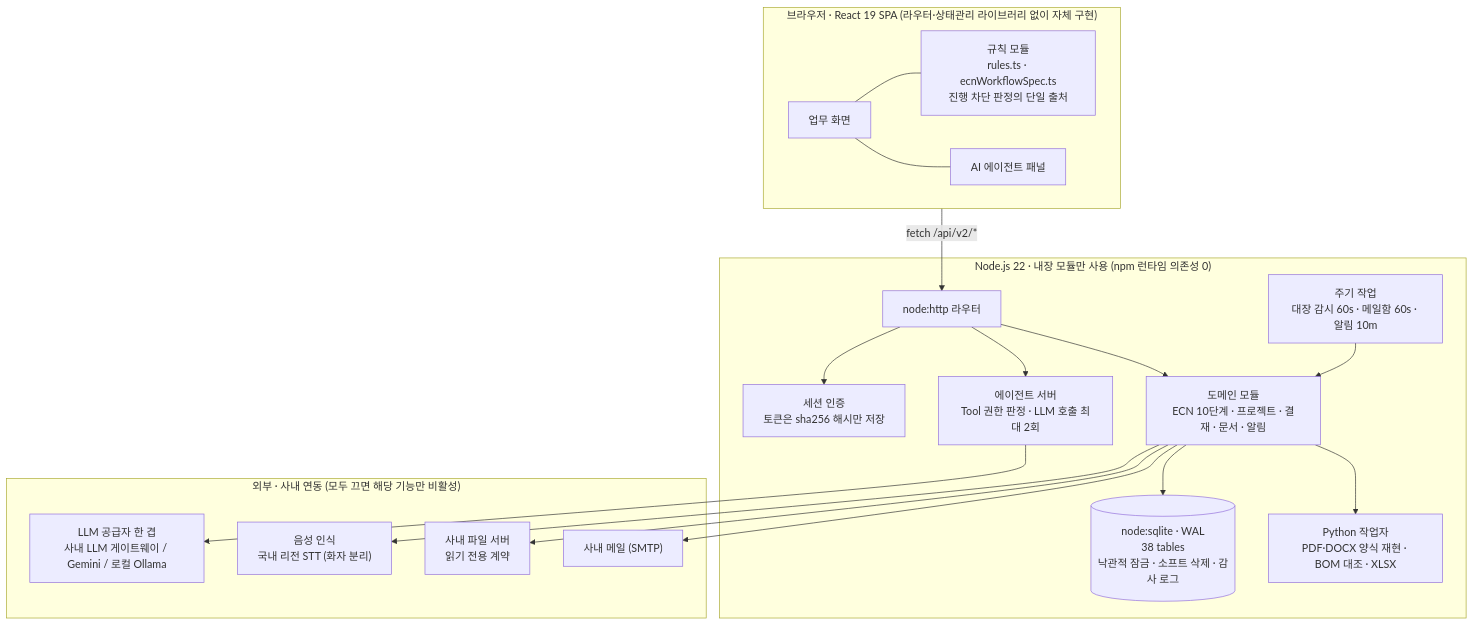
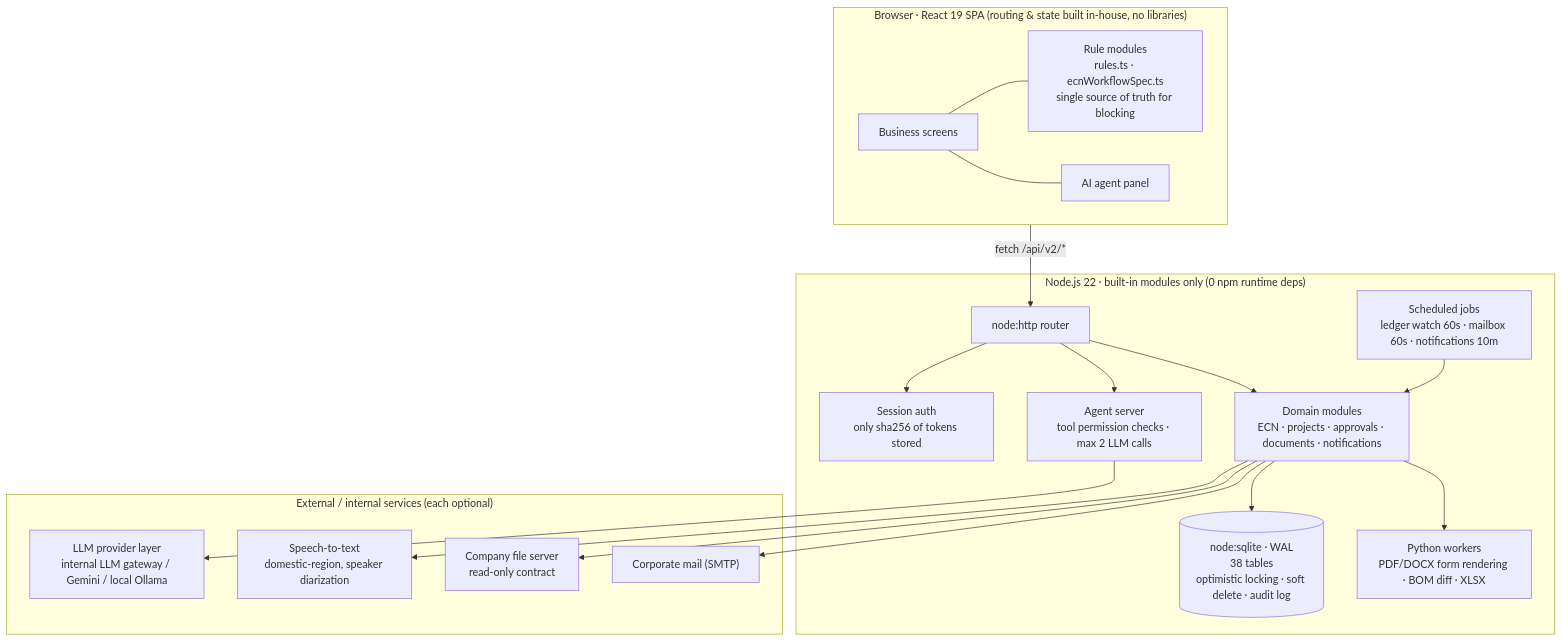
One commit to hupositoc/product-lifecycle-platform changed the second of 3 diagrams in README.md. Above: the diagram before and after it, drawn with Mermaid. The commit also changed other lines of this file and 14 other files, not shown here.

````diff
--- a/README.md
+++ b/README.md
@@ -194,29 +196,29 @@
 ```mermaid
 flowchart TB
-    subgraph Client["브라우저 · React 19 SPA (라우터·상태관리 라이브러리 없이 자체 구현)"]
-        UI[업무 화면] --- Rules["규칙 모듈<br/>rules.ts · ecnWorkflowSpec.ts<br/>진행 차단 판정의 단일 출처"]
-        UI --- Agent[AI 에이전트 패널]
+    subgraph Client["Browser · React 19 SPA (routing & state built in-house, no libraries)"]
+        UI[Business screens] --- Rules["Rule modules<br/>rules.ts · ecnWorkflowSpec.ts<br/>single source of truth for blocking"]
+        UI --- Agent[AI agent panel]
     end
 
-    subgraph Server["Node.js 22 · 내장 모듈만 사용 (npm 런타임 의존성 0)"]
-        HTTP[node:http 라우터] --> Auth["세션 인증<br/>토큰은 sha256 해시만 저장"]
-        HTTP --> Domain["도메인 모듈<br/>ECN 10단계 · 프로젝트 · 결재 · 문서 · 알림"]
-        HTTP --> AgentSrv["에이전트 서버<br/>Tool 권한 판정 · LLM 호출 최대 2회"]
-        Domain --> DB[("node:sqlite · WAL<br/>38 tables<br/>낙관적 잠금 · 소프트 삭제 · 감사 로그")]
-        Domain --> Py["Python 작업자<br/>PDF·DOCX 양식 재현 · BOM 대조 · XLSX"]
-        Jobs["주기 작업<br/>대장 감시 60s · 메일함 60s · 알림 10m"] --> Domain
+    subgraph Server["Node.js 22 · built-in modules only (0 npm runtime deps)"]
+        HTTP[node:http router] --> Auth["Session auth<br/>only sha256 of tokens stored"]
+        HTTP --> Domain["Domain modules<br/>ECN · projects · approvals · documents · notifications"]
+        HTTP --> AgentSrv["Agent server<br/>tool permission checks · max 2 LLM calls"]
+        Domain --> DB[("node:sqlite · WAL<br/>38 tables<br/>optimistic locking · soft delete · audit log")]
+        Domain --> Py["Python workers<br/>PDF/DOCX form rendering · BOM diff · XLSX"]
+        Jobs["Scheduled jobs<br/>ledger watch 60s · mailbox 60s · notifications 10m"] --> Domain
     end
 
-    subgraph External["외부 · 사내 연동 (모두 끄면 해당 기능만 비활성)"]
-        LLM["LLM 공급자 한 겹<br/>사내 LLM 게이트웨이 / Gemini / 로컬 Ollama"]
-        STT["음성 인식<br/>국내 리전 STT (화자 분리)"]
-        FS["사내 파일 서버<br/>읽기 전용 계약"]
-        Mail["사내 메일 (SMTP)"]
+    subgraph External["External / internal services (each optional)"]
+        LLM["LLM provider layer<br/>internal LLM gateway / Gemini / local Ollama"]
+        STT["Speech-to-text<br/>domestic-region, speaker diarization"]
+        FS["Company file server<br/>read-only contract"]
+        Mail["Corporate mail (SMTP)"]
     end
 
     Client -- "fetch /api/v2/*" --> HTTP
     AgentSrv --> LLM
     Domain --> STT
     Domain --> FS
     Domain --> Mail
 ```
````
